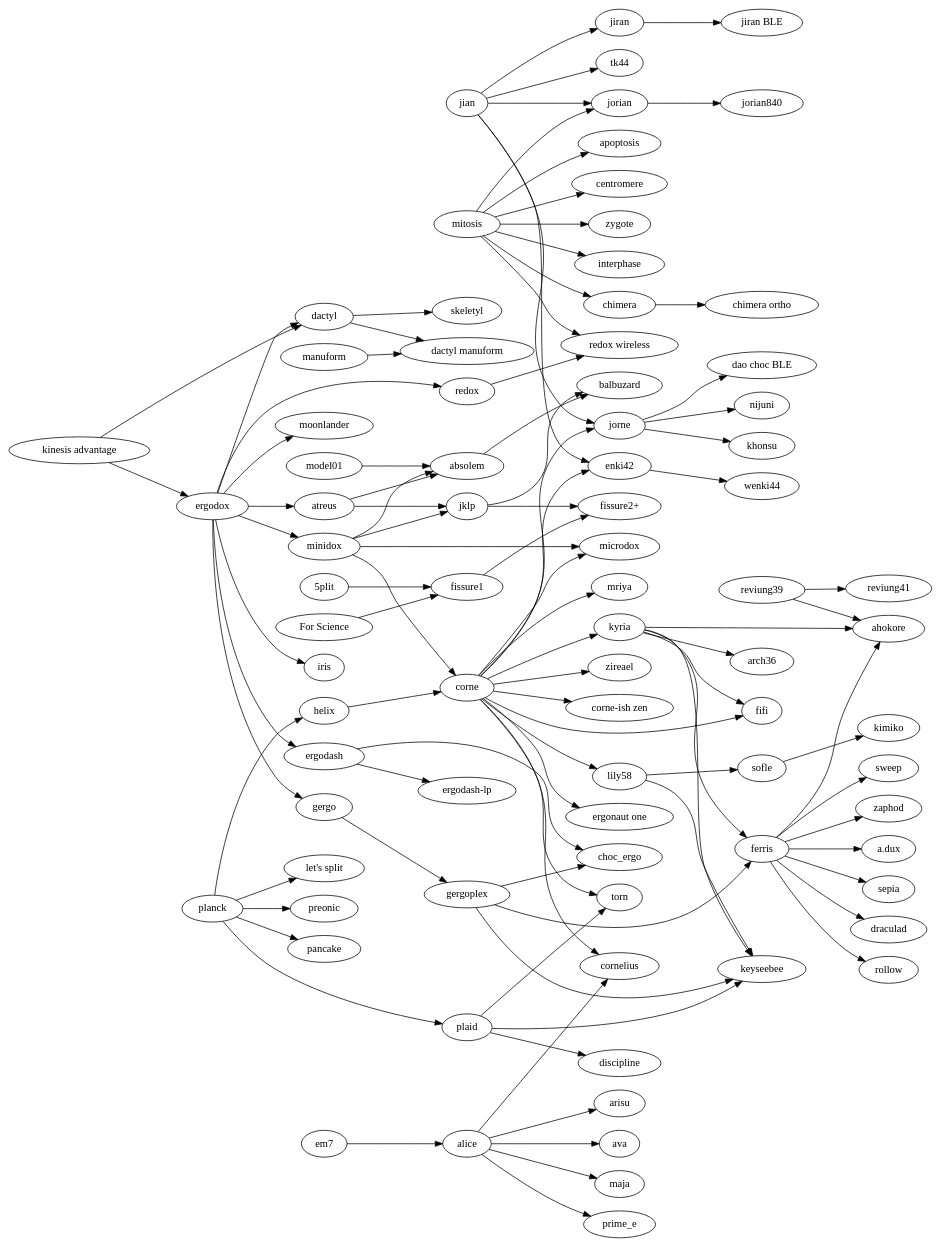
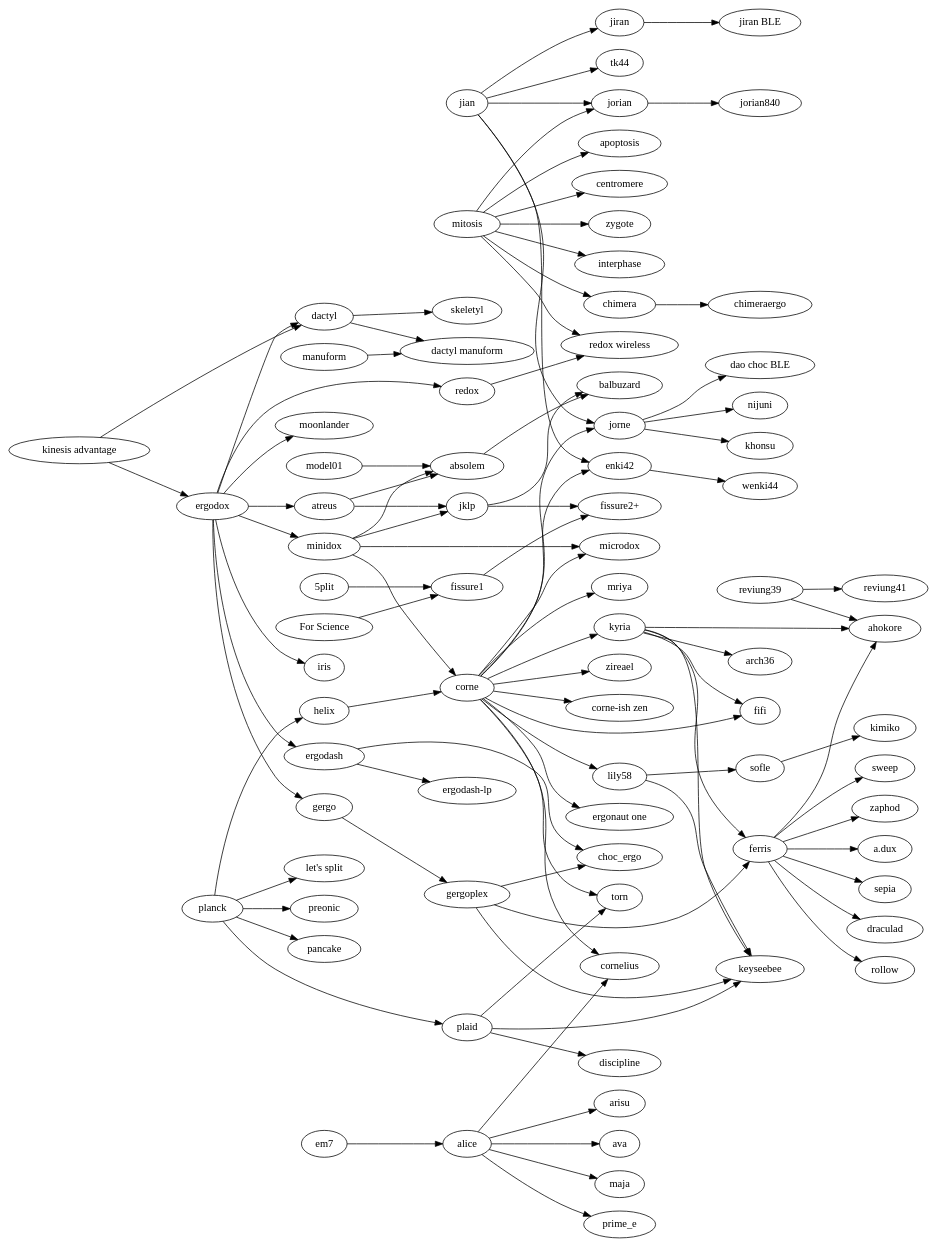
One commit to joric/graph changed the diagram in tree.gv. Above: the diagram before and after it, drawn with Graphviz.

```diff
--- a/tree.gv
+++ b/tree.gv
@@ -1,168 +1,168 @@
 digraph {
   rankdir=LR;
 
   subgraph splits {
     helix -> corne;
     enki42->wenki44;
     jiran->"jiran BLE";
     jorian->jorian840;
     redox->"redox wireless";
-    chimera->"chimera ortho";
+    chimera->chimeraergo;
     em7->alice;
 
     jian -> {
       jorian;
       jorne;
       jiran;
       enki42;
       tk44;
     }
 
     jorne -> {
       nijuni;
       khonsu;
       "dao choc BLE";
     }
 
     mitosis -> {
       apoptosis;
       "redox wireless";
       centromere;
       zygote;
       chimera;
       interphase;
       jorian;
     }
 
     corne -> {
       "corne-ish zen";
       cornelius;
       fifi;
       kyria;
       lily58;
       microdox;
       torn;
       jorne;
       "ergonaut one";
       mriya;
       zireael;
       enki42;
     };
 
     lily58 -> {
       keyseebee;
       sofle;
     };
 
     kyria -> {
         ahokore;
         arch36;
         ferris;
         fifi;
         keyseebee;
     };
 
     "kinesis advantage" -> {
       ergodox;
       dactyl;
     };
 
     ergodox -> {
       atreus;
       dactyl;
       ergodash;
       gergo;
       iris;
       minidox;
       moonlander;
       redox;
     };
 
     ergodash -> {
       "ergodash-lp";
       choc_ergo;
     };
 
     gergo -> gergoplex;
     gergoplex -> {
       choc_ergo;
       ferris;
       keyseebee;
     };
 
     ferris -> {
       ahokore;
       sepia;
       draculad;
       rollow;
       sweep;
       zaphod;
       "a.dux";
     };
 
     manuform -> "dactyl manuform";
 
     minidox -> {
       absolem;
       corne;
       microdox;
       jklp;
     };
 
     model01 -> {
       absolem;
     };
 
     sofle -> kimiko;
 
     "5plit" -> "fissure1";
     "For Science" -> "fissure1";
     fissure1 -> "fissure2+";
     jklp -> "fissure2+";
   }
 
   subgraph unibody {
     atreus -> {
       absolem;
       jklp;
     };
     jklp -> balbuzard;
     absolem -> balbuzard;
     reviung39 -> {
       ahokore;
       reviung41;
     };
   };
 
   subgraph ortholinear {
     plaid -> {
       discipline;
       keyseebee;
       torn;
     };
     planck -> {
       helix;
       "let's split";
       plaid;
       preonic;
       pancake;
     };
   }
 
   subgraph {
     dactyl -> {
       "dactyl manuform";
       skeletyl;
     }
   }
 
   subgraph alicefamily {
     alice -> {
       arisu;
       ava;
       cornelius;
       maja;
       prime_e;
     }
   }
 }
```
